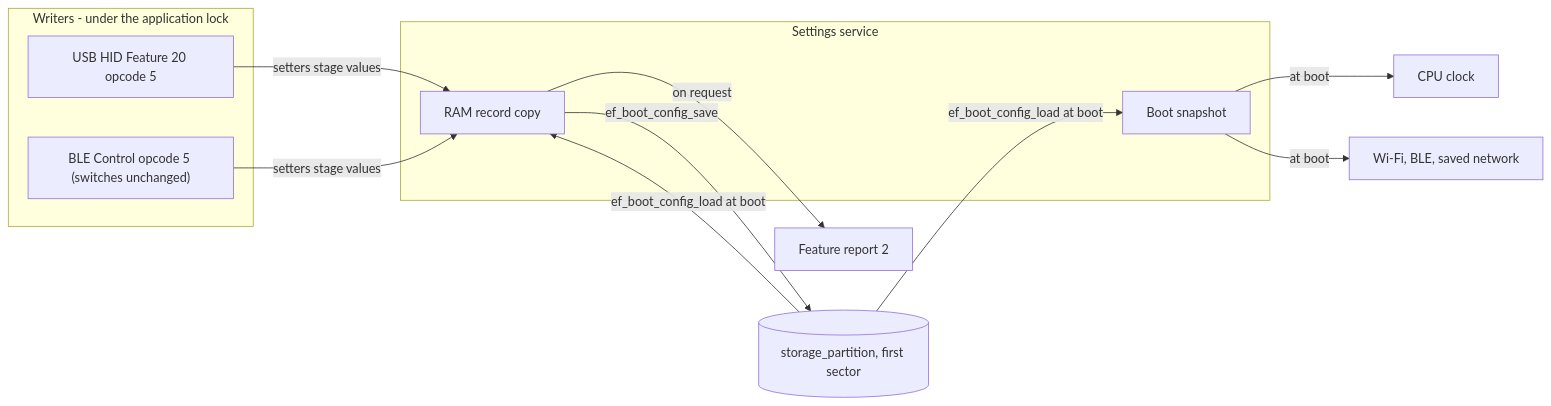
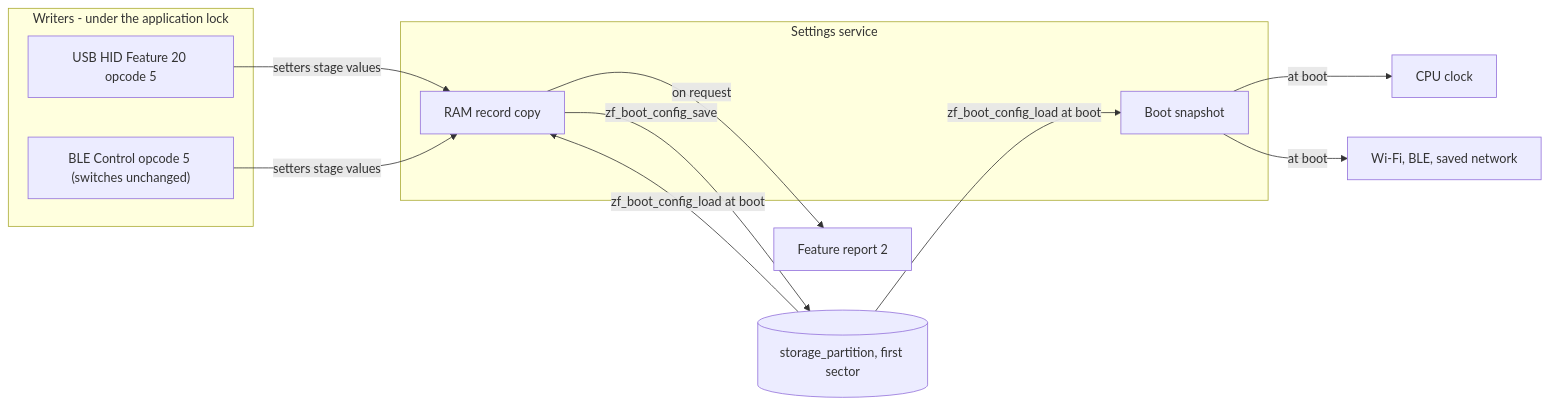
One commit to djwinter29-oss/ESPForge changed the first of 6 diagrams in docs/reference/settings.md. Above: the diagram before and after it, drawn with Mermaid. The commit also changed other lines of this file and 416 other files, not shown here.

````diff
--- a/docs/reference/settings.md
+++ b/docs/reference/settings.md
@@ -37,20 +37,20 @@
 ```mermaid
 flowchart LR
     subgraph Writers["Writers - under the application lock"]
         HID["USB HID Feature 20 opcode 5"]
         BLE["BLE Control opcode 5 (switches unchanged)"]
     end
     subgraph Facade["Settings service"]
         RAM["RAM record copy"]
         Boot["Boot snapshot"]
     end
     Flash[("storage_partition, first sector")]
     HID -->|setters stage values| RAM
     BLE -->|setters stage values| RAM
-    RAM -->|ef_boot_config_save| Flash
-    Flash -->|ef_boot_config_load at boot| RAM
-    Flash -->|ef_boot_config_load at boot| Boot
+    RAM -->|zf_boot_config_save| Flash
+    Flash -->|zf_boot_config_load at boot| RAM
+    Flash -->|zf_boot_config_load at boot| Boot
     Boot -->|at boot| Clock["CPU clock"]
     Boot -->|at boot| Radio["Wi-Fi, BLE, saved network"]
     RAM -->|on request| Read["Feature report 2"]
 ```
````
